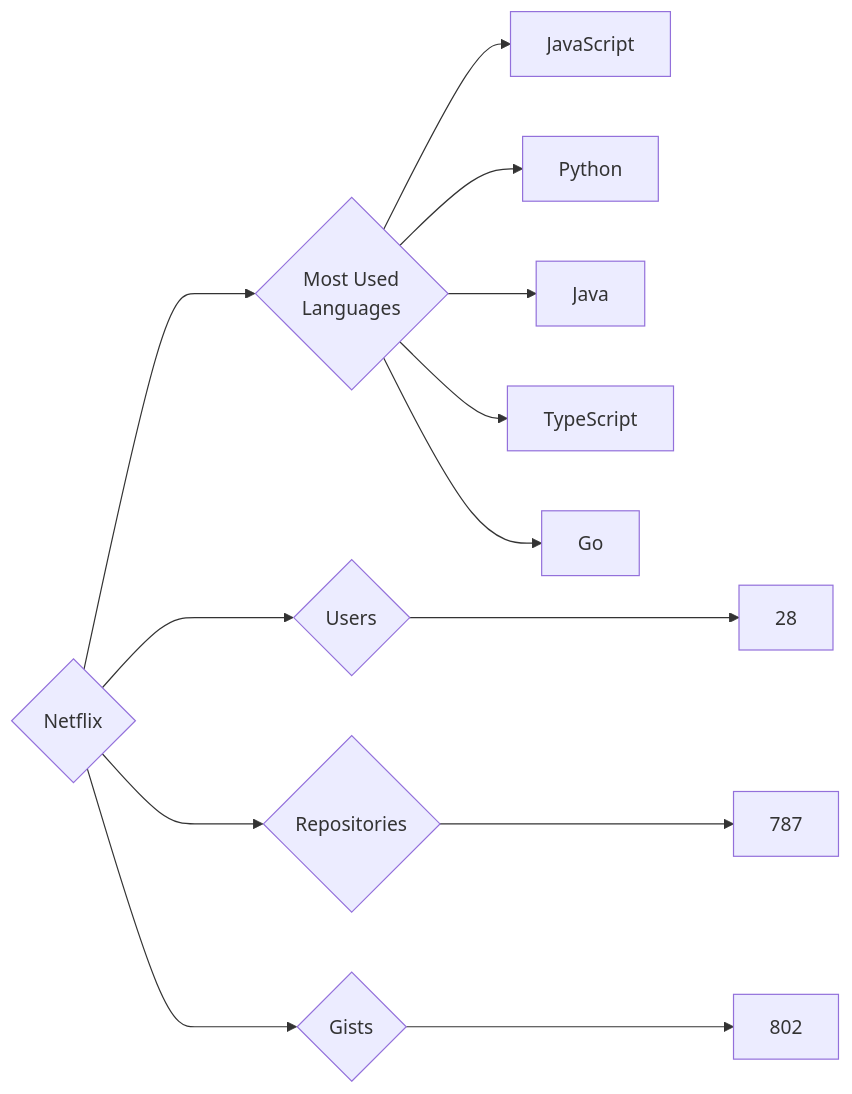
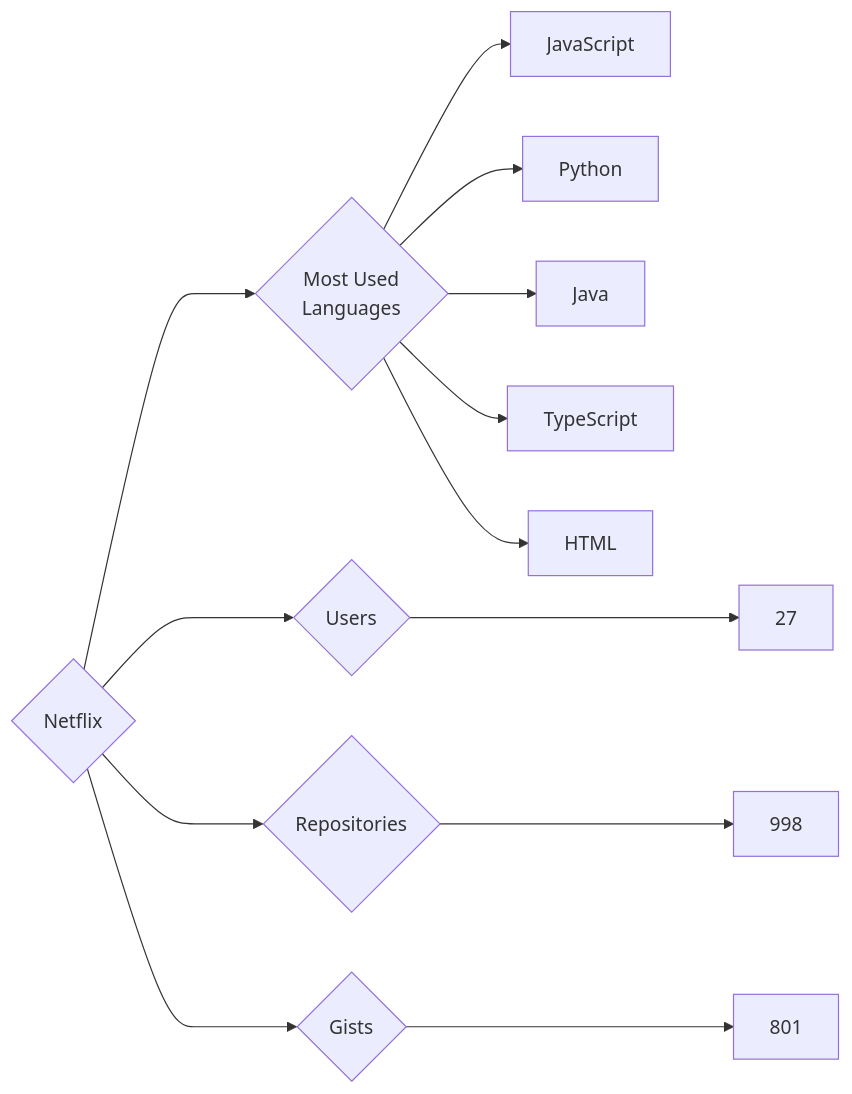
One commit to trickest/insiders changed the diagram in targets/Netflix/README.md. Above: the diagram before and after it, drawn with Mermaid. The commit also changed 1389 other files, not shown here.

````diff
--- a/targets/Netflix/README.md
+++ b/targets/Netflix/README.md
@@ -3,13 +3,13 @@
 ```mermaid
 graph LR
 COMPANY_NAME{Netflix}
-COMPANY_NAME ---> U{Users} ---> UN[28]
-COMPANY_NAME ---> R{Repositories} ---> RN[787]
-COMPANY_NAME ---> G{Gists} ---> GN[802]
+COMPANY_NAME ---> U{Users} ---> UN[27]
+COMPANY_NAME ---> R{Repositories} ---> RN[998]
+COMPANY_NAME ---> G{Gists} ---> GN[801]
 COMPANY_NAME ---> ML{Most Used<br>Languages}
 ML --> JavaScript[JavaScript]
 ML --> Python[Python]
 ML --> Java[Java]
 ML --> TypeScript[TypeScript]
-ML --> Go[Go]
+ML --> HTML[HTML]
 ```
````
